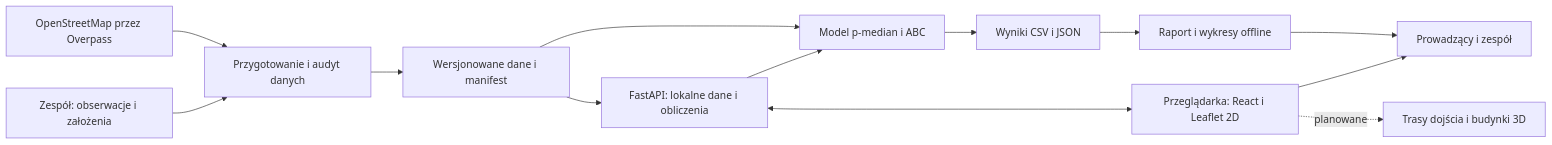
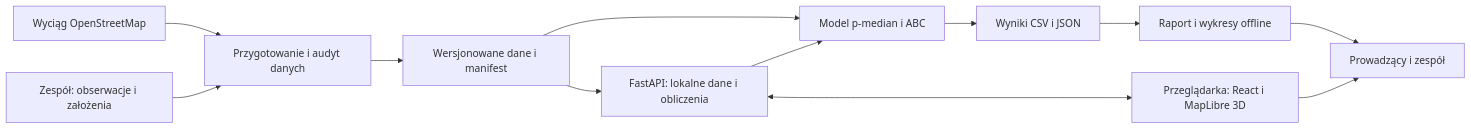
The first of 3 diagrams in docs/ARCHITECTURE.md (karolbystrek/algorytmy-inspirowane-natura-projekt), drawn with Mermaid before and after one commit. The commit also changed other lines of this file and 6 other files, not shown here.

````diff
--- a/docs/ARCHITECTURE.md
+++ b/docs/ARCHITECTURE.md
@@ -12,15 +21,14 @@
 ```mermaid
 flowchart LR
-    OSM[OpenStreetMap przez Overpass] --> PREP[Przygotowanie i audyt danych]
+    OSM[Wyciąg OpenStreetMap] --> PREP[Przygotowanie i audyt danych]
     TEAM[Zespół: obserwacje i założenia] --> PREP
     PREP --> FILES[Wersjonowane dane i manifest]
     FILES --> MODEL[Model p-median i ABC]
     MODEL --> RESULTS[Wyniki CSV i JSON]
     RESULTS --> REPORT[Raport i wykresy offline]
     FILES --> API[FastAPI: lokalne dane i obliczenia]
     API --> MODEL
-    API <--> UI[Przeglądarka: React i Leaflet 2D]
+    API <--> UI[Przeglądarka: React i MapLibre 3D]
     UI --> TEACHER[Prowadzący i zespół]
     REPORT --> TEACHER
-    UI -. planowane .-> FUTURE[Trasy dojścia i budynki 3D]
 ```
````
